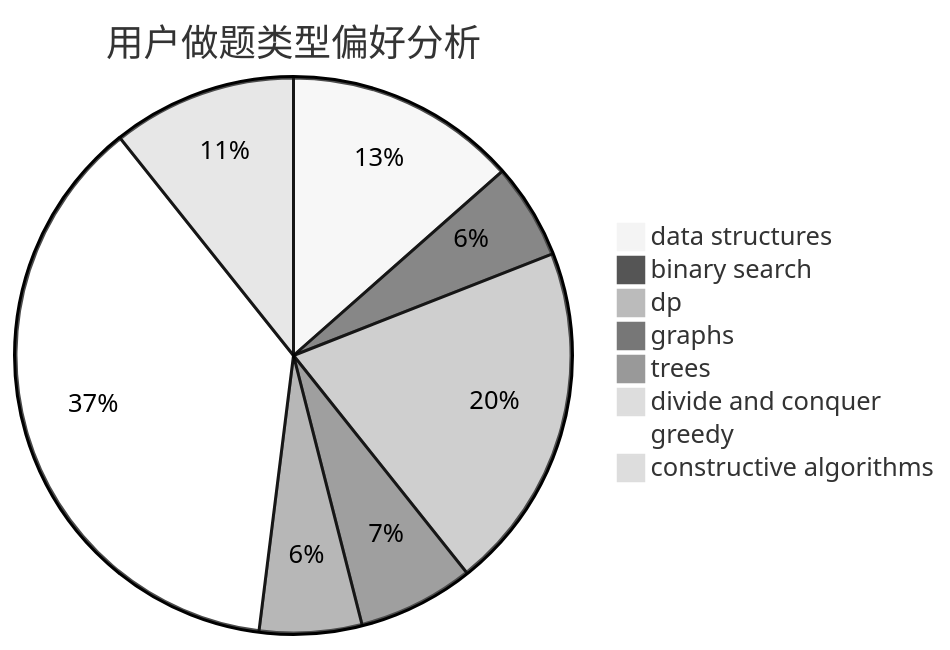
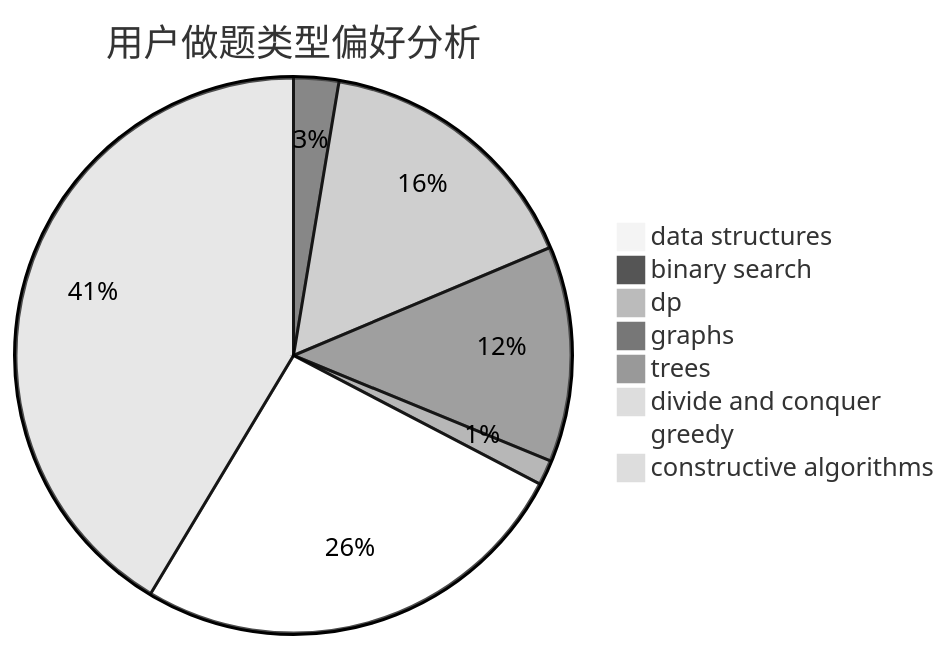
One commit to sherpahu/cfrs.github.io changed the second of 3 diagrams in docs/user/u1722.md. Above: the diagram before and after it, drawn with Mermaid (neutral theme). The commit also changed other lines of this file and 2770 other files, not shown here.

````diff
--- a/docs/user/u1722.md
+++ b/docs/user/u1722.md
@@ -23,11 +23,11 @@
 ```mermaid
 pie title 用户做题类型偏好分析
-    "data structures" :  34
-    "binary search" :  14
-    "dp" :  51
-    "graphs" :  17
-    "trees" :  15
+    "data structures" :  2
+    "binary search" :  9
+    "dp" :  55
+    "graphs" :  43
+    "trees" :  5
     "divide and conquer" :  0
-    "greedy" :  94
-    "constructive algorithms" :  27
+    "greedy" :  89
+    "constructive algorithms" :  142
 ```
````
